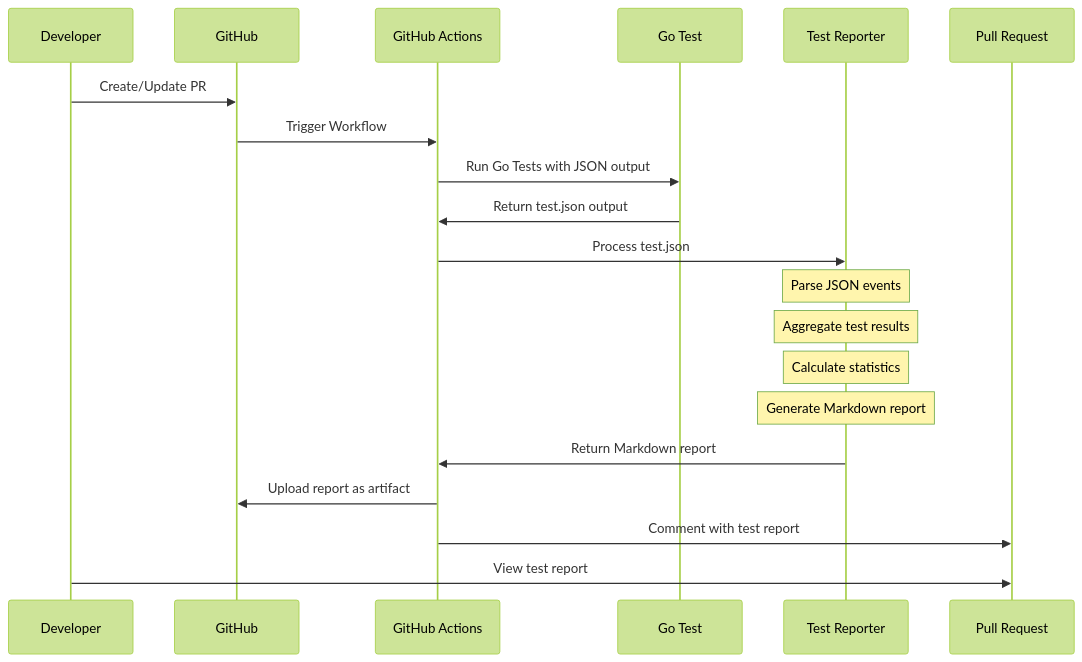
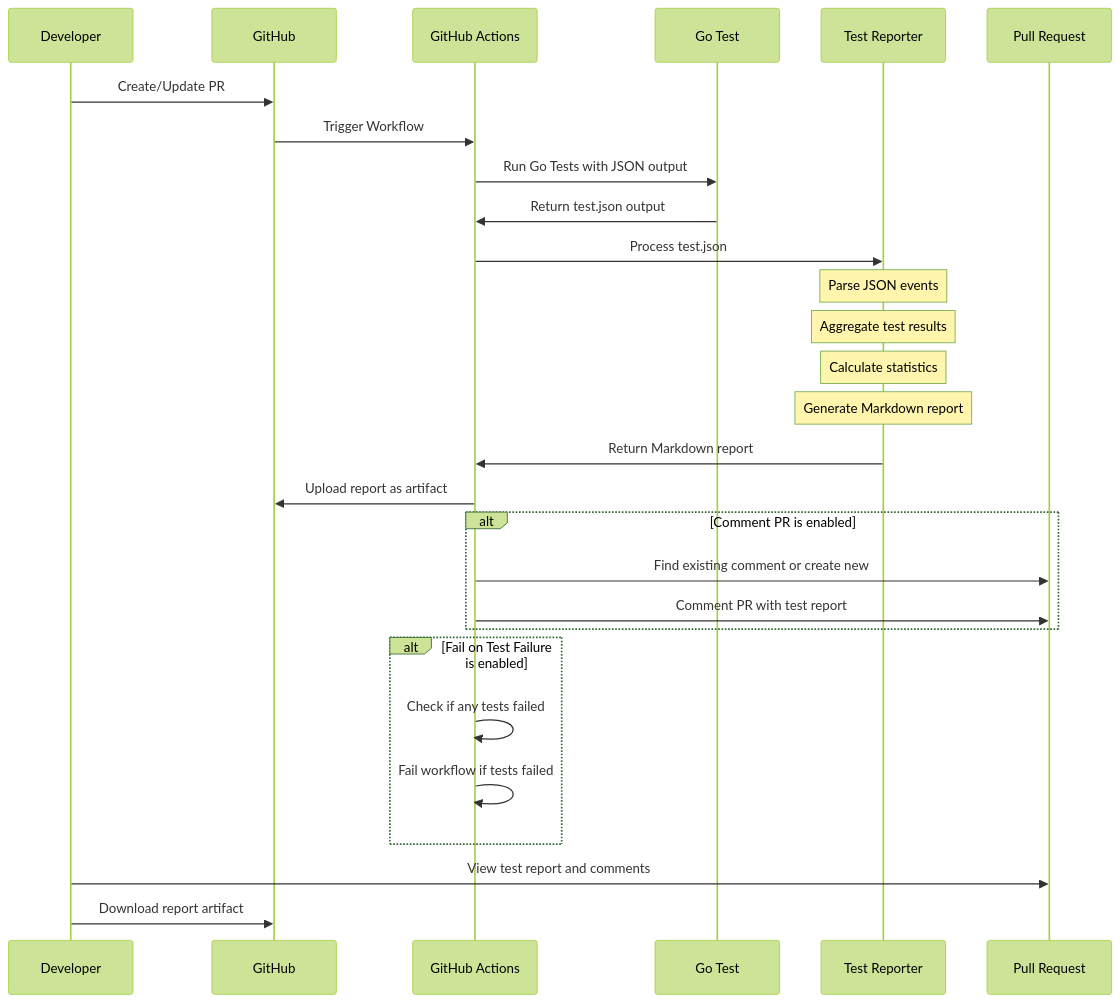
Before and after one commit to dipjyotimetia/gotest-report: the diagram in README.md, drawn with Mermaid (forest theme).

Commit message:
update diagram

````diff
--- a/README.md
+++ b/README.md
@@ -24,26 +24,37 @@
 ```mermaid
 sequenceDiagram
     participant D as Developer
     participant GH as GitHub
     participant GA as GitHub Actions
     participant GT as Go Test
     participant TR as Test Reporter
     participant PR as Pull Request
-
+    
     D->>GH: Create/Update PR
     GH->>GA: Trigger Workflow
+    
     GA->>GT: Run Go Tests with JSON output
     GT->>GA: Return test.json output
+    
     GA->>TR: Process test.json
-    
     Note over TR: Parse JSON events
     Note over TR: Aggregate test results
     Note over TR: Calculate statistics
     Note over TR: Generate Markdown report
     
     TR->>GA: Return Markdown report
     GA->>GH: Upload report as artifact
-    GA->>PR: Comment with test report
     
-    D->>PR: View test report
+    alt Comment PR is enabled
+        GA->>PR: Find existing comment or create new
+        GA->>PR: Comment PR with test report
+    end
+    
+    alt Fail on Test Failure is enabled
+        GA->>GA: Check if any tests failed
+        GA->>GA: Fail workflow if tests failed
+    end
+    
+    D->>PR: View test report and comments
+    D->>GH: Download report artifact
 ```
````
